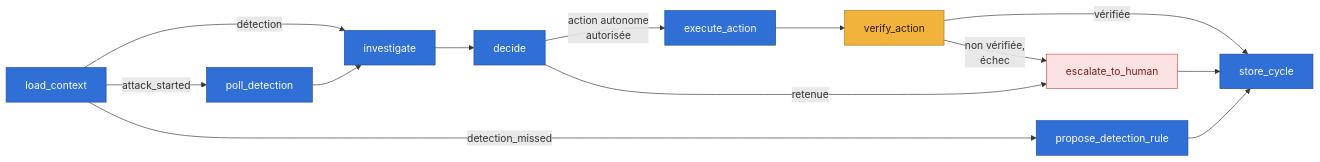
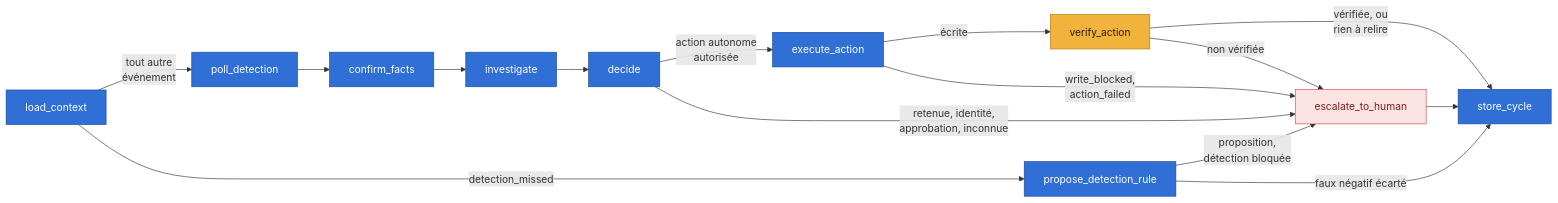
The fourth of 8 diagrams in docs/architecture.md (grootcyber/eregion), drawn with Mermaid before and after one commit. The commit also changed 8 other files, not shown here.

````diff
--- a/docs/architecture.md
+++ b/docs/architecture.md
@@ -191,21 +191,23 @@
 ```mermaid
 flowchart LR
-    LC["load_context"] -->|"attack_started"| PD["poll_detection"]
-    LC -->|"détection"| INV["investigate"]
+    LC["load_context"] -->|"tout autre<br/>événement"| PD["poll_detection"]
     LC -->|"detection_missed"| PDR["propose_detection_rule"]
-    PD --> INV
+    PD --> CF["confirm_facts"]
+    CF --> INV["investigate"]
     INV --> DEC["decide"]
     DEC -->|"action autonome<br/>autorisée"| EX["execute_action"]
-    EX --> VA["verify_action"]
-    VA -->|"vérifiée"| SC["store_cycle"]
-    VA -->|"non vérifiée,<br/>échec"| ESC["escalate_to_human"]
-    DEC -->|"retenue"| ESC
+    DEC -->|"retenue, identité,<br/>approbation, inconnue"| ESC["escalate_to_human"]
+    EX -->|"écrite"| VA["verify_action"]
+    EX -->|"write_blocked,<br/>action_failed"| ESC
+    VA -->|"vérifiée, ou<br/>rien à relire"| SC["store_cycle"]
+    VA -->|"non vérifiée"| ESC
+    PDR -->|"proposition,<br/>détection bloquée"| ESC
+    PDR -->|"faux négatif écarté"| SC
     ESC --> SC
-    PDR --> SC
     classDef blue fill:#2f6fd6,stroke:#1d4a9a,color:#ffffff
     classDef guard fill:#f2b33d,stroke:#b07a12,color:#2b1d00
     classDef warn fill:#fbe3e3,stroke:#d64545,color:#7a1f1f
-    class LC,PD,INV,DEC,EX,SC,PDR blue
+    class LC,PD,CF,INV,DEC,EX,SC,PDR blue
     class VA guard
     class ESC warn
 ```
````
